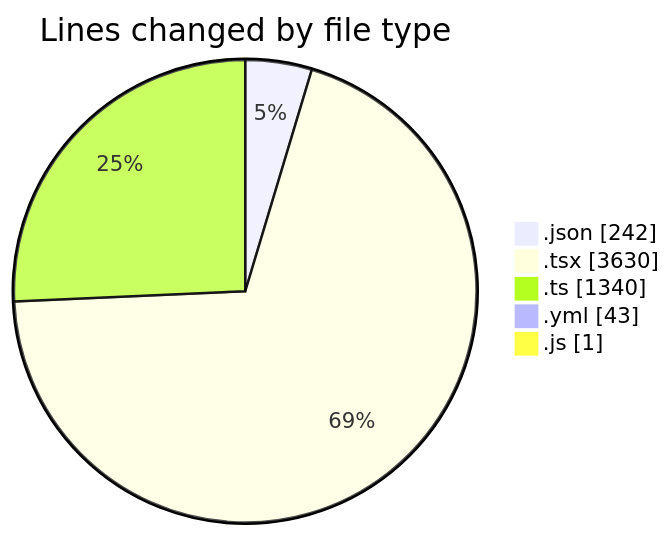
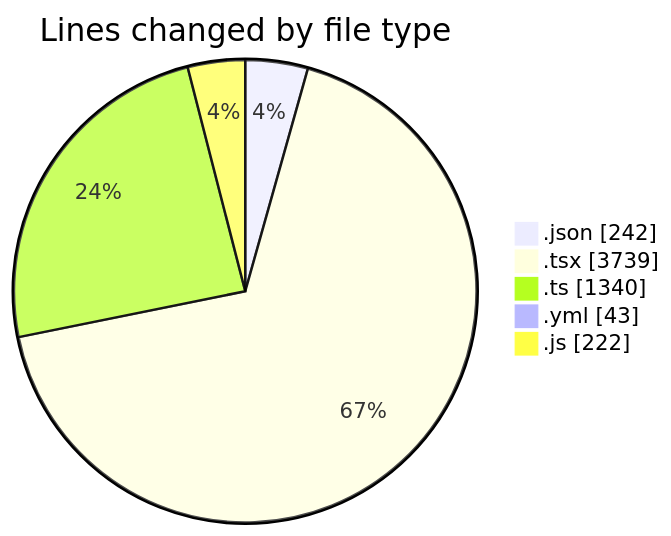
The first of 2 diagrams in 2025-11-17/eventscop-frontend-guide__workspace_/README.md (julien-gomy/code-tracking), drawn with Mermaid before and after one commit. The commit also changed other lines of this file and 1 other file, not shown here.

````diff
--- a/2025-11-17/eventscop-frontend-guide__workspace_/README.md
+++ b/2025-11-17/eventscop-frontend-guide__workspace_/README.md
@@ -48,9 +49,9 @@
 ```mermaid
 pie showData
 title Lines changed by file type
 ".json" : 242
-".tsx" : 3630
+".tsx" : 3739
 ".ts" : 1340
 ".yml" : 43
-".js" : 1
+".js" : 222
 ```
````
